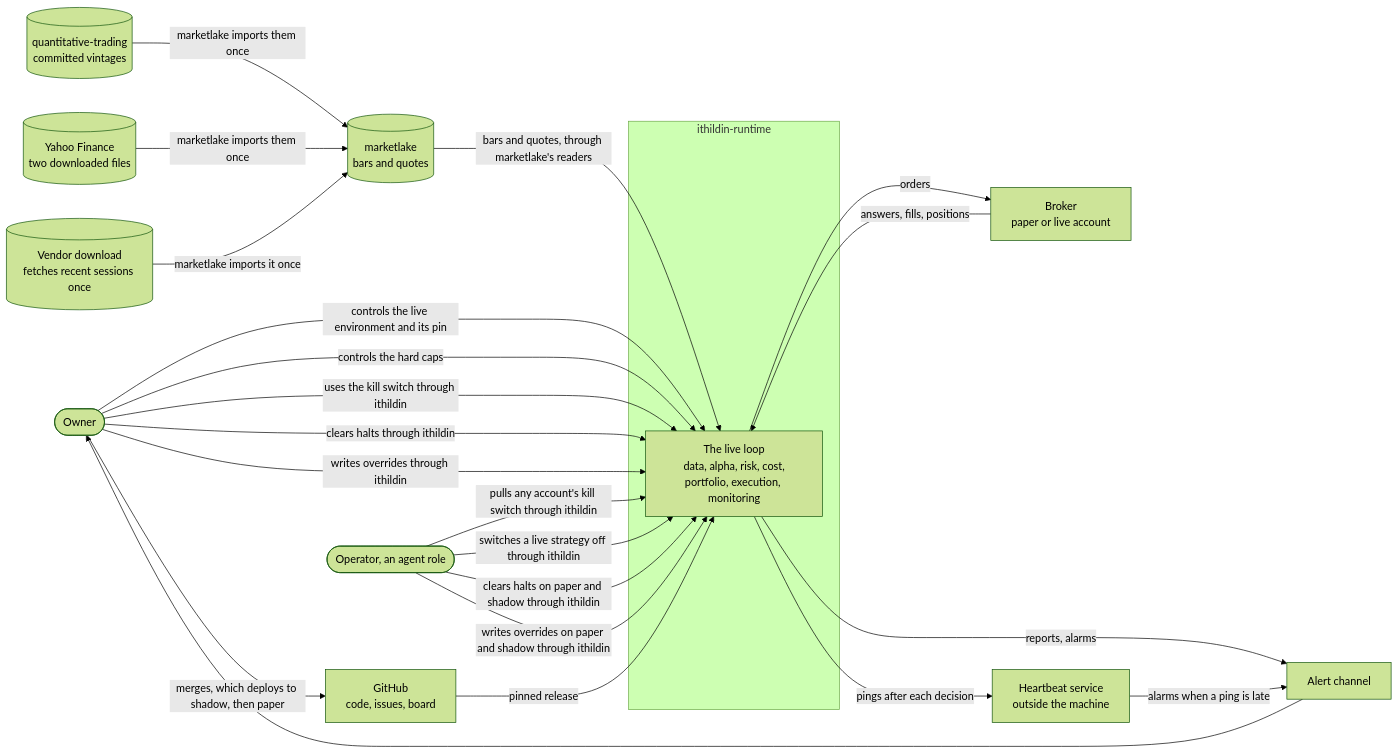
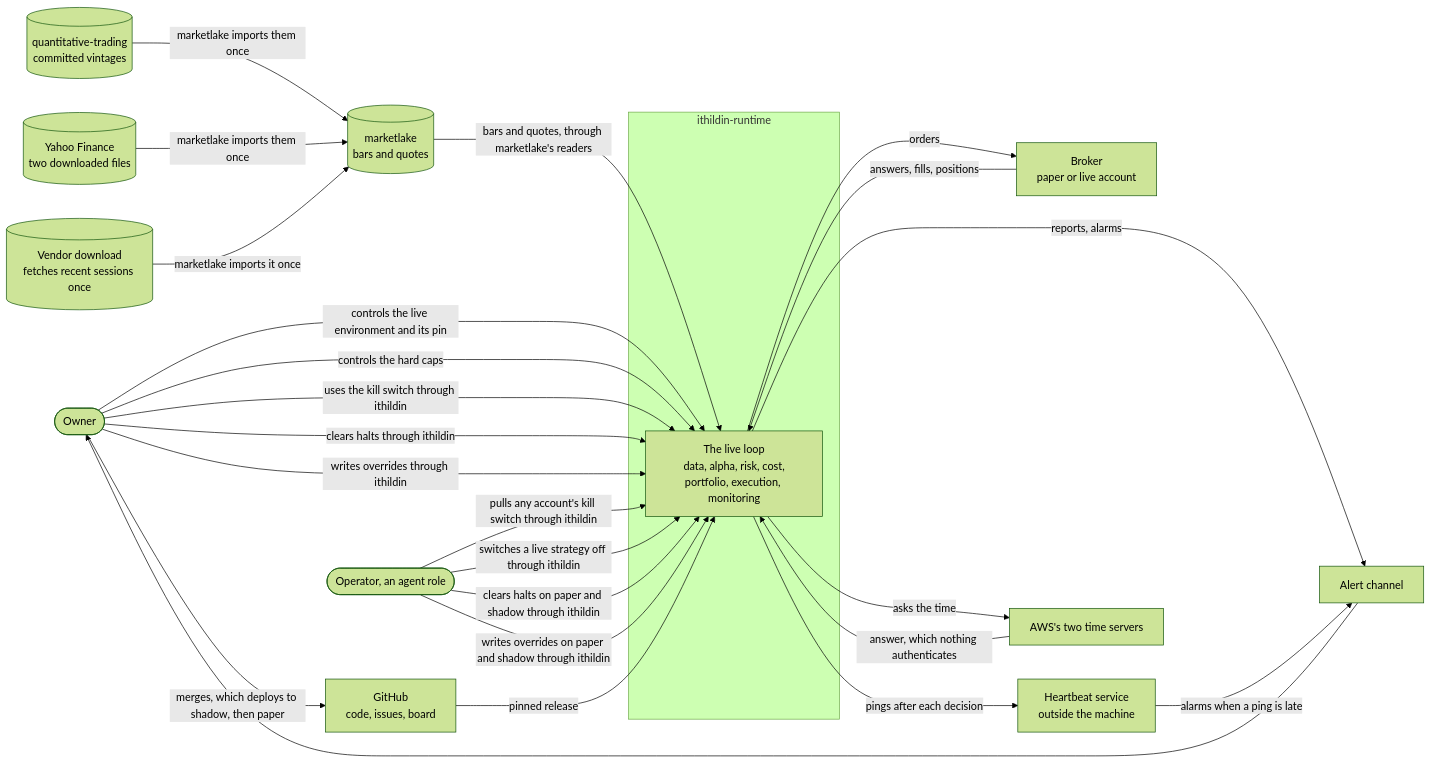
One commit to l3a0/ithildin-runtime changed the first of 6 diagrams in docs/architecture/03-context-and-scope.md. Above: the diagram before and after it, drawn with Mermaid (forest theme). The commit also changed other lines of this file and 45 other files, not shown here.

First line of the commit message:
feat(clock): ask two time servers, and halt a decision on a clock past its bounds (#170)

````diff
--- a/docs/architecture/03-context-and-scope.md
+++ b/docs/architecture/03-context-and-scope.md
@@ -22,38 +23,41 @@
 ```mermaid
 flowchart LR
     owner(["Owner"])
     operator(["Operator, an agent role"])
     subgraph platform["ithildin-runtime"]
         loop["The live loop<br/>data, alpha, risk, cost,<br/>portfolio, execution, monitoring"]
     end
     qt[("quantitative-trading<br/>committed vintages")]
     yahoo[("Yahoo Finance<br/>two downloaded files")]
     vendor[("Vendor download<br/>fetches recent sessions once")]
     lake[("marketlake<br/>bars and quotes")]
     broker["Broker<br/>paper or live account"]
     alerts["Alert channel"]
     heartbeat["Heartbeat service<br/>outside the machine"]
     github["GitHub<br/>code, issues, board"]
+    times["AWS's two time servers"]
 
     qt -->|"marketlake imports them once"| lake
     yahoo -->|"marketlake imports them once"| lake
     vendor -->|"marketlake imports it once"| lake
     lake -->|"bars and quotes, through marketlake's readers"| loop
     loop -->|"orders"| broker
     broker -->|"answers, fills, positions"| loop
     loop -->|"reports, alarms"| alerts
     loop -->|"pings after each decision"| heartbeat
+    loop -->|"asks the time"| times
+    times -->|"answer, which nothing authenticates"| loop
     heartbeat -->|"alarms when a ping is late"| alerts
     alerts --> owner
     owner -->|"controls the live environment and its pin"| loop
     owner -->|"controls the hard caps"| loop
     owner -->|"uses the kill switch through ithildin"| loop
     owner -->|"clears halts through ithildin"| loop
     owner -->|"writes overrides through ithildin"| loop
     operator -->|"pulls any account's kill switch through ithildin"| loop
     operator -->|"switches a live strategy off through ithildin"| loop
     operator -->|"clears halts on paper and shadow through ithildin"| loop
     operator -->|"writes overrides on paper and shadow through ithildin"| loop
     owner -->|"merges, which deploys to shadow, then paper"| github
     github -->|"pinned release"| loop
 ```
````
